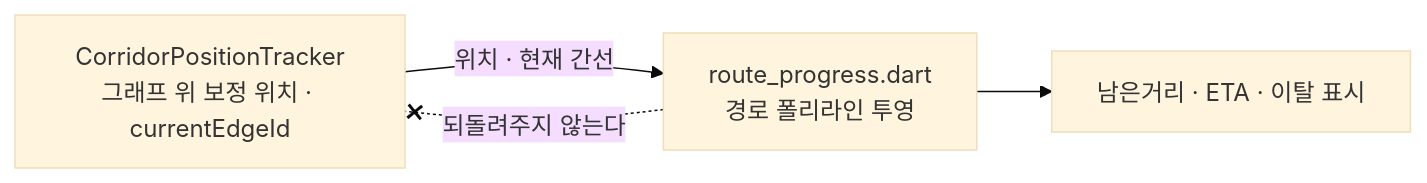
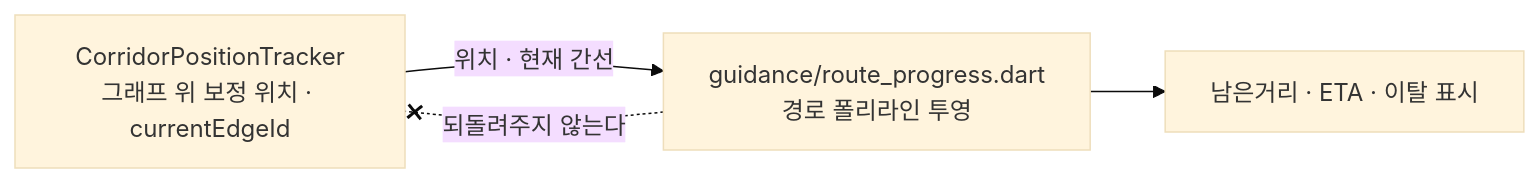
The second of 2 diagrams in client/lib/domain/README.md (Routex-labs/Navigation), drawn with Mermaid (base theme) before and after one commit. The commit also changed other lines of this file and 35 other files, not shown here.

````diff
--- a/client/lib/domain/README.md
+++ b/client/lib/domain/README.md
@@ -47,9 +45,9 @@
 ```mermaid
 flowchart LR
     TRACKER["CorridorPositionTracker<br/>그래프 위 보정 위치 · currentEdgeId"]
-    PROGRESS["route_progress.dart<br/>경로 폴리라인 투영"]
+    PROGRESS["guidance/route_progress.dart<br/>경로 폴리라인 투영"]
     UI["남은거리 · ETA · 이탈 표시"]
 
     TRACKER -->|"위치 · 현재 간선"| PROGRESS --> UI
     PROGRESS -. "되돌려주지 않는다" .-x TRACKER
 ```
````
